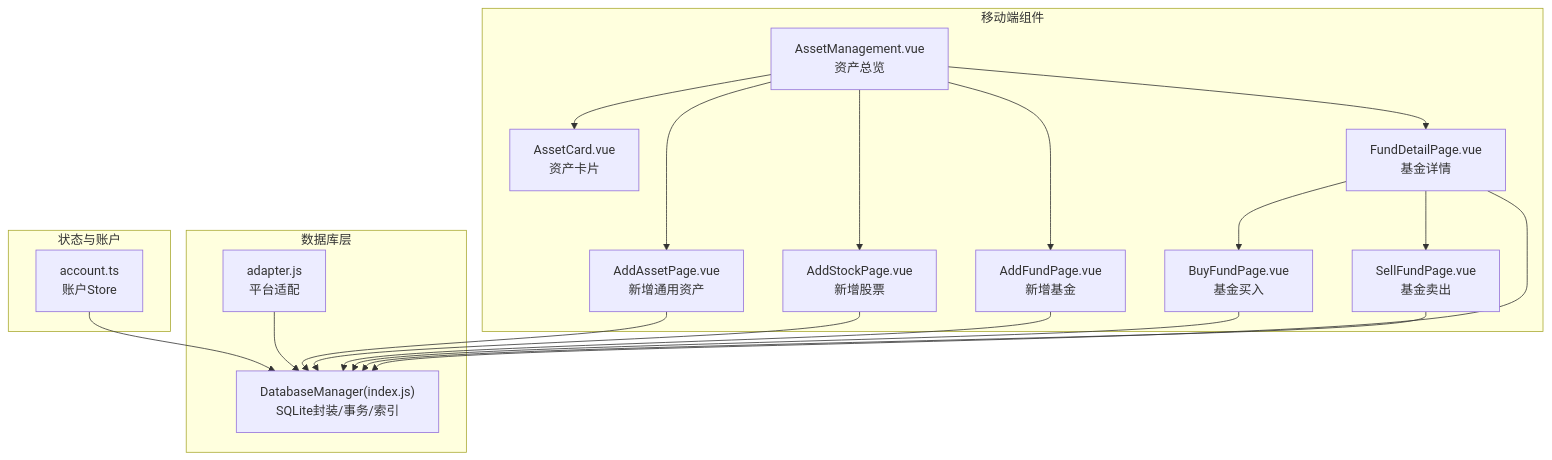
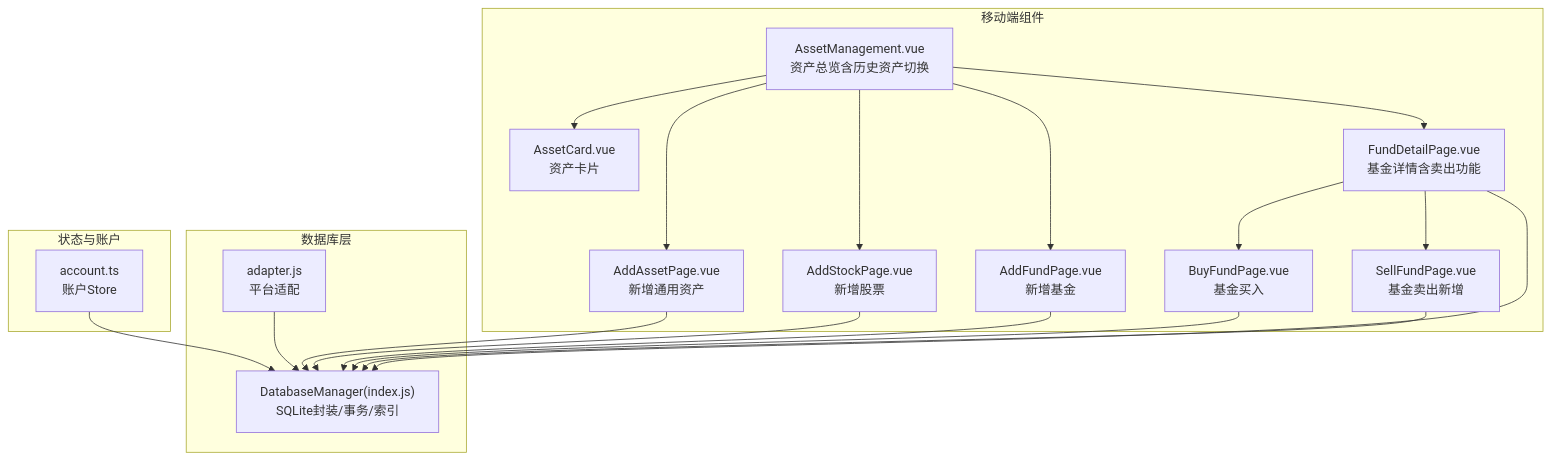
Before and after one commit to xiao-lin-unit/yuan: the first of 11 diagrams in .qoder/repowiki/zh/content/资产管理/资产管理.md, drawn with Mermaid. The commit also changed other lines of this file and 10 other files, not shown here.

````diff
--- a/.qoder/repowiki/zh/content/资产管理/资产管理.md
+++ b/.qoder/repowiki/zh/content/资产管理/资产管理.md
@@ -37,35 +39,35 @@
 ```mermaid
 graph TB
 subgraph "移动端组件"
-AM["AssetManagement.vue<br/>资产总览"]
+AM["AssetManagement.vue<br/>资产总览含历史资产切换"]
 AC["AssetCard.vue<br/>资产卡片"]
 AAS["AddAssetPage.vue<br/>新增通用资产"]
 ASP["AddStockPage.vue<br/>新增股票"]
 AFP["AddFundPage.vue<br/>新增基金"]
-FDP["FundDetailPage.vue<br/>基金详情"]
+FDP["FundDetailPage.vue<br/>基金详情含卖出功能"]
 BFP["BuyFundPage.vue<br/>基金买入"]
-SFP["SellFundPage.vue<br/>基金卖出"]
+SFP["SellFundPage.vue<br/>基金卖出新增"]
 end
 subgraph "数据库层"
 DBM["DatabaseManager(index.js)<br/>SQLite封装/事务/索引"]
 ADP["adapter.js<br/>平台适配"]
 end
 subgraph "状态与账户"
 ACC["account.ts<br/>账户Store"]
 end
 AM --> AC
 AM --> AAS
 AM --> ASP
 AM --> AFP
 AM --> FDP
 FDP --> BFP
 FDP --> SFP
 AAS --> DBM
 ASP --> DBM
 AFP --> DBM
 FDP --> DBM
 BFP --> DBM
 SFP --> DBM
 ACC --> DBM
 ADP --> DBM
 ```
````
